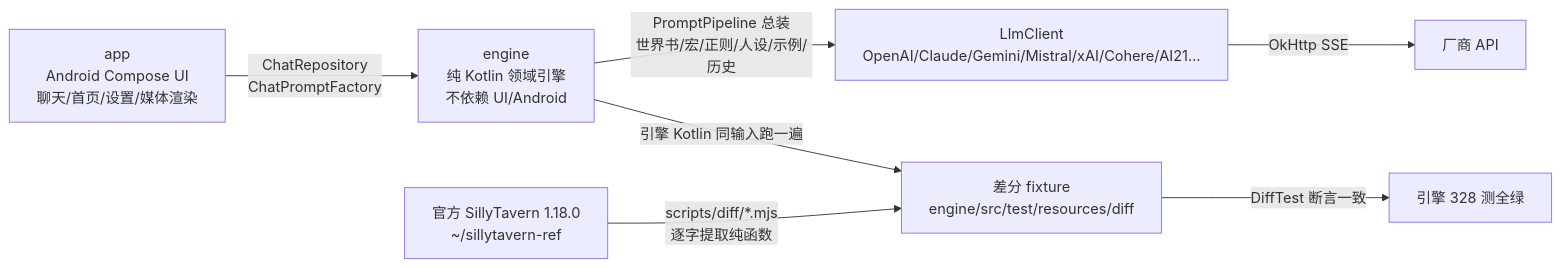
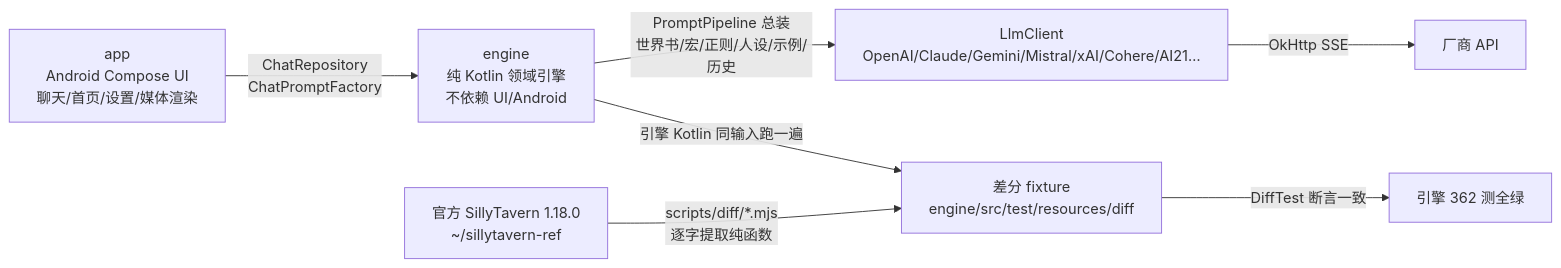
One commit to heikeyangle-code/ember-inn changed the diagram in docs/HANDOFF.md. Above: the diagram before and after it, drawn with Mermaid. The commit also changed other lines of this file and 21 other files, not shown here.

````diff
--- a/docs/HANDOFF.md
+++ b/docs/HANDOFF.md
@@ -7,9 +8,9 @@
 ```mermaid
 flowchart LR
  A[app<br/>Android Compose UI<br/>聊天/首页/设置/媒体渲染] -->|ChatRepository<br/>ChatPromptFactory| B[engine<br/>纯 Kotlin 领域引擎<br/>不依赖 UI/Android]
  B -->|PromptPipeline 总装<br/>世界书/宏/正则/人设/示例/历史| C[LlmClient<br/>OpenAI/Claude/Gemini/Mistral/xAI/Cohere/AI21…]
  C -->|OkHttp SSE| D[厂商 API]
  E[官方 SillyTavern 1.18.0<br/>~/sillytavern-ref] -->|scripts/diff/*.mjs<br/>逐字提取纯函数| F[差分 fixture<br/>engine/src/test/resources/diff]
  B -->|引擎 Kotlin 同输入跑一遍| F
- F -->|DiffTest 断言一致| G[引擎 328 测全绿]
+ F -->|DiffTest 断言一致| G[引擎 362 测全绿]
 ```
````
